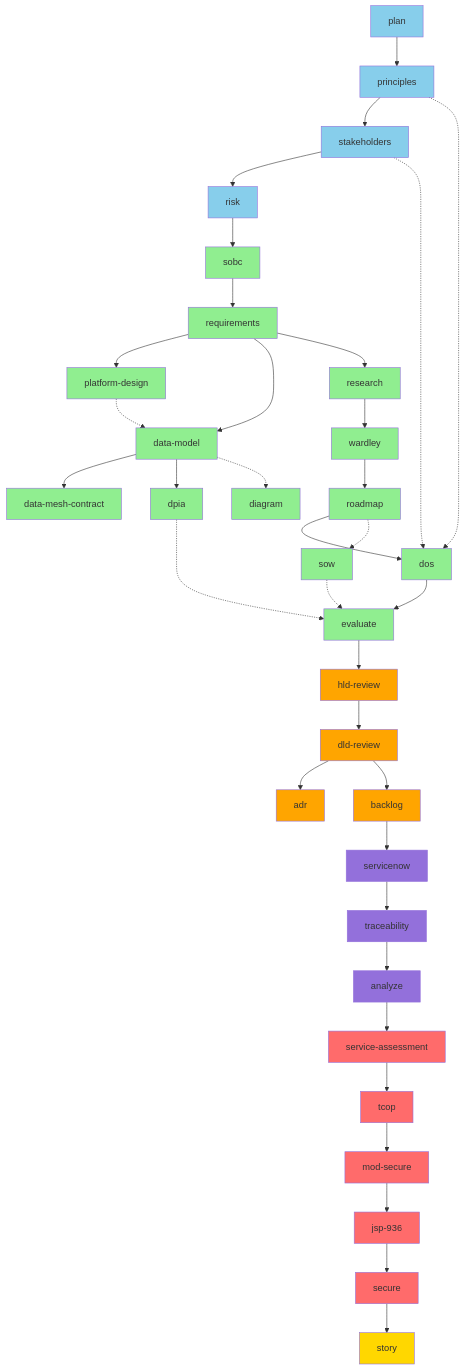
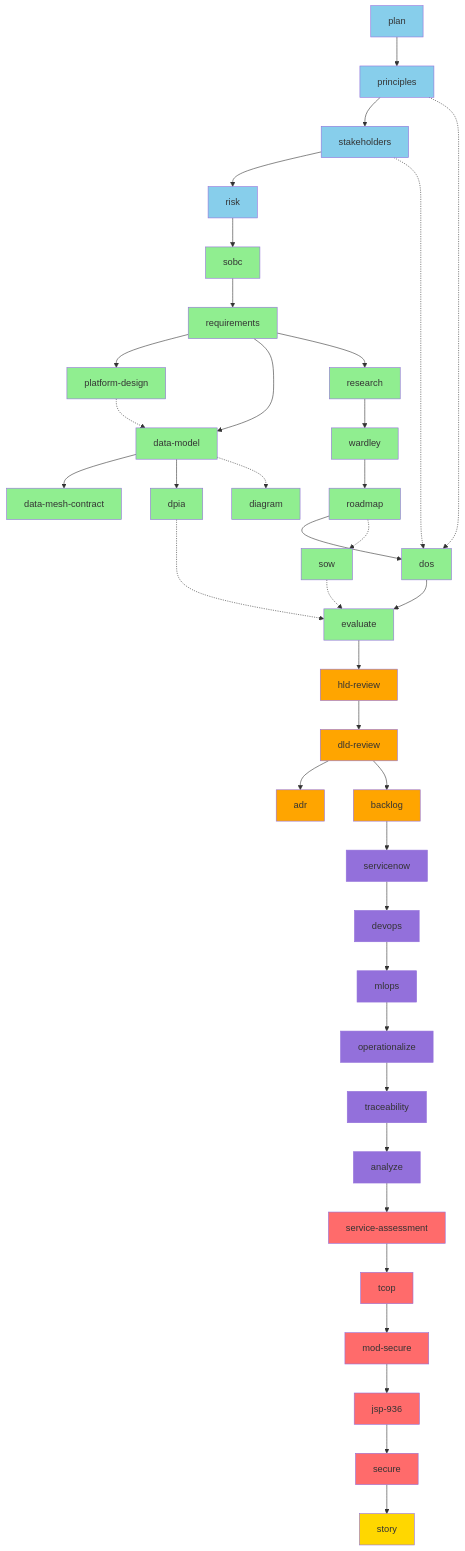
One commit to tractorjuice/arc-kit changed the fifth of 9 diagrams in WORKFLOW-DIAGRAMS.md. Above: the diagram before and after it, drawn with Mermaid. The commit also changed other lines of this file and 17 other files, not shown here.

First line of the commit message:
feat: add devops, mlops, and operationalize commands

```diff
--- a/WORKFLOW-DIAGRAMS.md
+++ b/WORKFLOW-DIAGRAMS.md
@@ -425,7 +443,10 @@
 
     %% Tier 8-9: Operations & Quality
     T --> W[servicenow]
-    W --> X[traceability]
+    W --> W1[devops]
+    W1 --> W2[mlops]
+    W2 --> W3[operationalize]
+    W3 --> X[traceability]
     X --> Y[analyze]
 
     %% Tier 10: MOD + AI Compliance
@@ -460,6 +481,9 @@
     style T fill:#FFA500
     style V fill:#90EE90
     style W fill:#9370DB
+    style W1 fill:#9370DB
+    style W2 fill:#9370DB
+    style W3 fill:#9370DB
     style X fill:#9370DB
     style Y fill:#9370DB
     style Z fill:#FF6B6B
```
